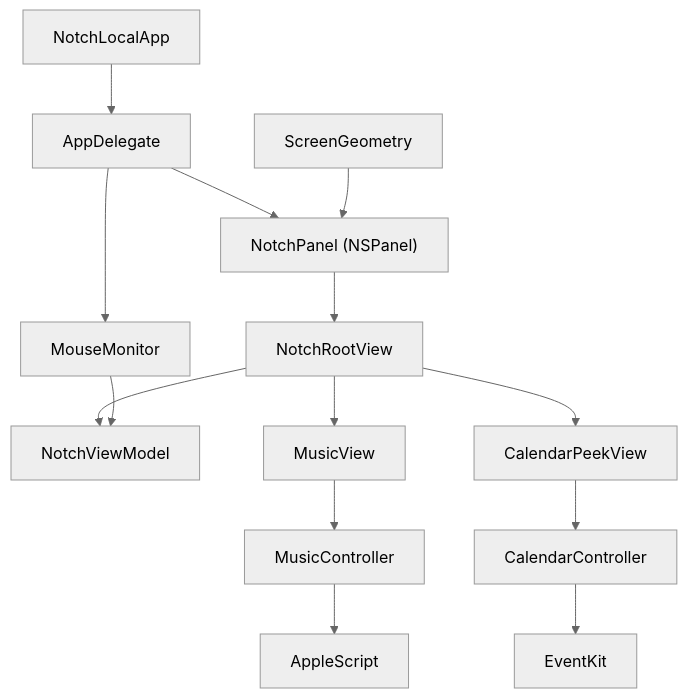
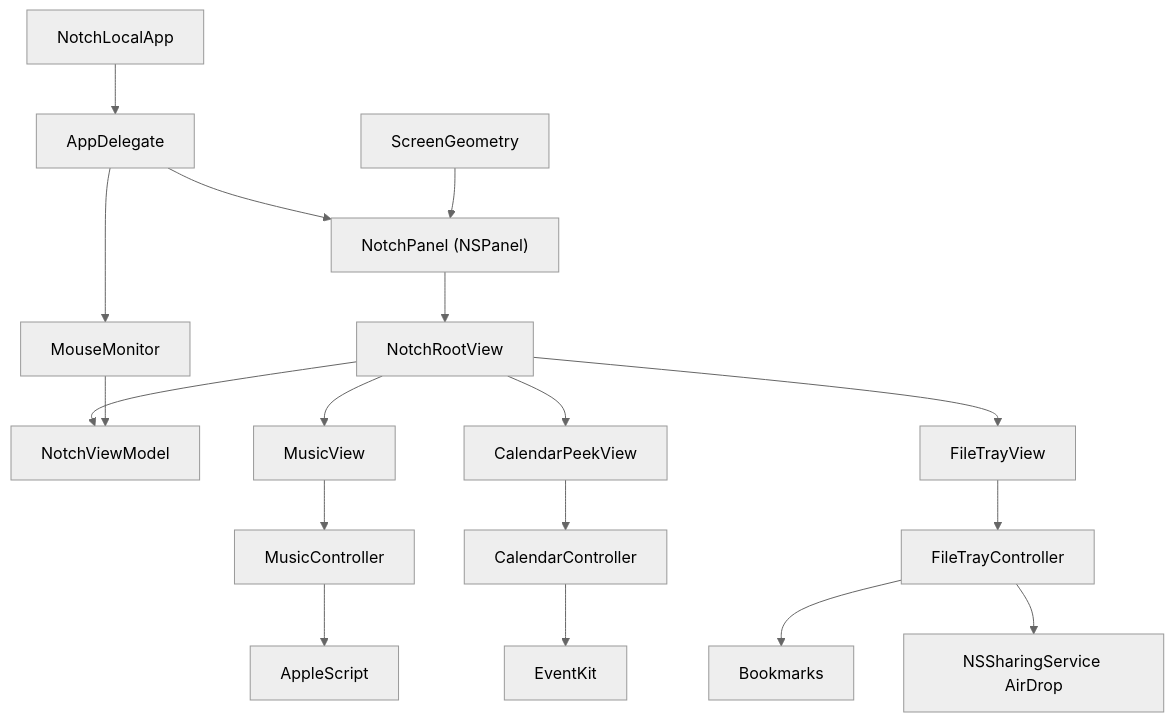
One commit to YuroslavPM/notch-local changed the diagram in docs/00-overview.md. Above: the diagram before and after it, drawn with Mermaid (neutral theme). The commit also changed other lines of this file and 16 other files, not shown here.

First line of the commit message:
step 10: file tray and AirDrop

````diff
--- a/docs/00-overview.md
+++ b/docs/00-overview.md
@@ -35,12 +37,14 @@
 ```mermaid
 flowchart TB
   AppEntry["NotchLocalApp"] --> Delegate[AppDelegate]
   Delegate --> Panel["NotchPanel (NSPanel)"]
   Delegate --> Mouse[MouseMonitor]
   Geo[ScreenGeometry] --> Panel
   Panel --> Root[NotchRootView]
   Root --> VM[NotchViewModel]
   Mouse --> VM
   Root --> MusicView --> MusicController --> AppleScript
   Root --> CalendarPeekView --> CalendarController --> EventKit
+  Root --> FileTrayView --> FileTrayController --> Bookmarks
+  FileTrayController --> AirDrop[NSSharingService AirDrop]
 ```
````
